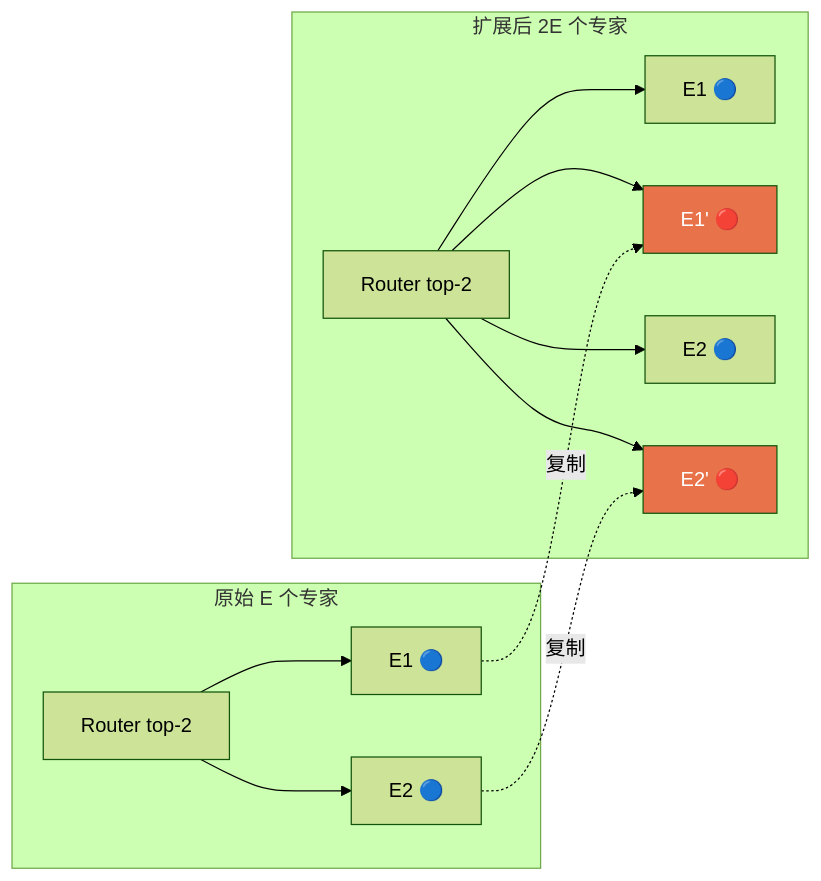
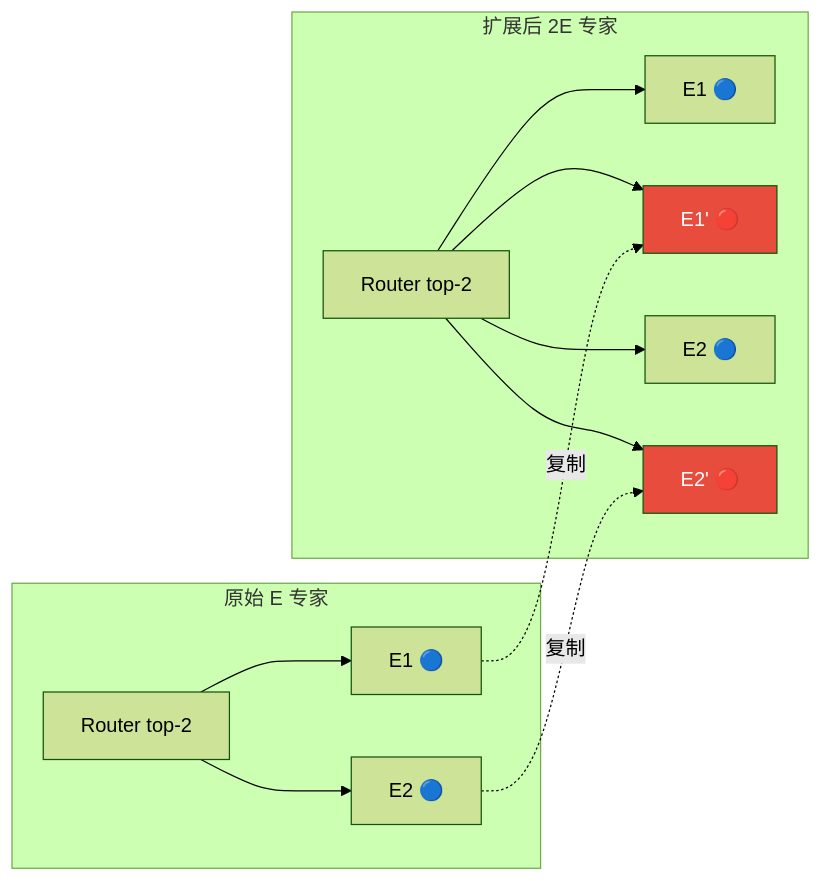
Diagram 11 of 15 in docs/llm_param_expansion.md (jianzhnie/PCL-Model-Kit), drawn with Mermaid (forest theme) before and after one commit. The commit also changed other lines of this file, not shown here.

````diff
--- a/docs/llm_param_expansion.md
+++ b/docs/llm_param_expansion.md
@@ -344,13 +418,17 @@
 ```mermaid
 graph LR
-    subgraph 原始 E 个专家
-        R1["Router top-2"] --> Ex1["E1 🔵"] & Ex2["E2 🔵"]
+    subgraph ORIG["原始 E 专家"]
+        R1["Router top-2"] --> Ex1["E1 🔵"]
+        R1 --> Ex2["E2 🔵"]
     end
-    subgraph 扩展后 2E 个专家
-        R2["Router top-2"] --> F1["E1 🔵"] & F2["E1' 🔴"] & F3["E2 🔵"] & F4["E2' 🔴"]
+    subgraph EXP["扩展后 2E 专家"]
+        R2["Router top-2"] --> F1["E1 🔵"]
+        R2 --> F2["E1' 🔴"]
+        R2 --> F3["E2 🔵"]
+        R2 --> F4["E2' 🔴"]
     end
     Ex1 -.->|复制| F2
     Ex2 -.->|复制| F4
-    style F2 fill:#E8734A,color:#fff
-    style F4 fill:#E8734A,color:#fff
+    style F2 fill:#E74C3C,color:#fff
+    style F4 fill:#E74C3C,color:#fff
 ```
````
